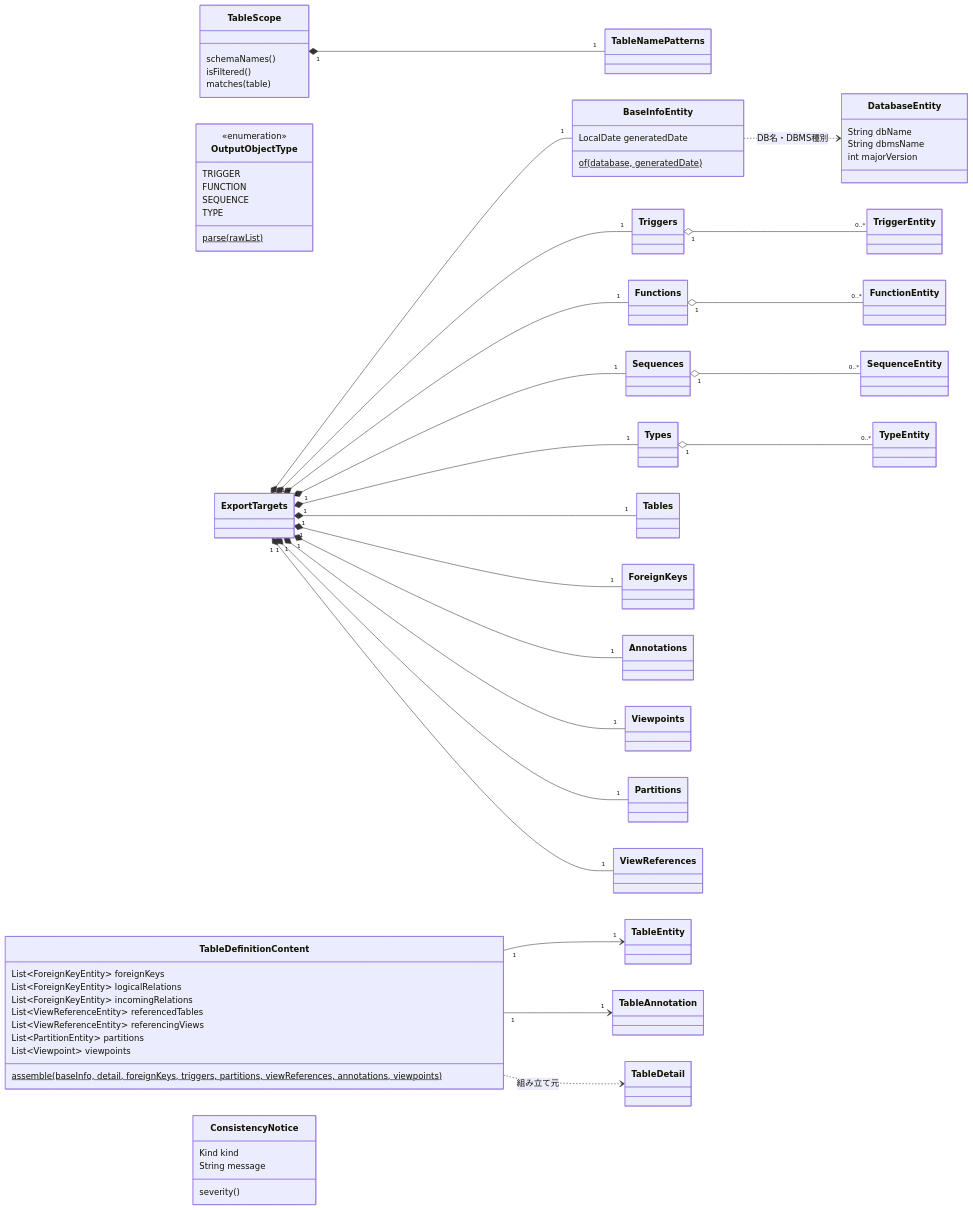
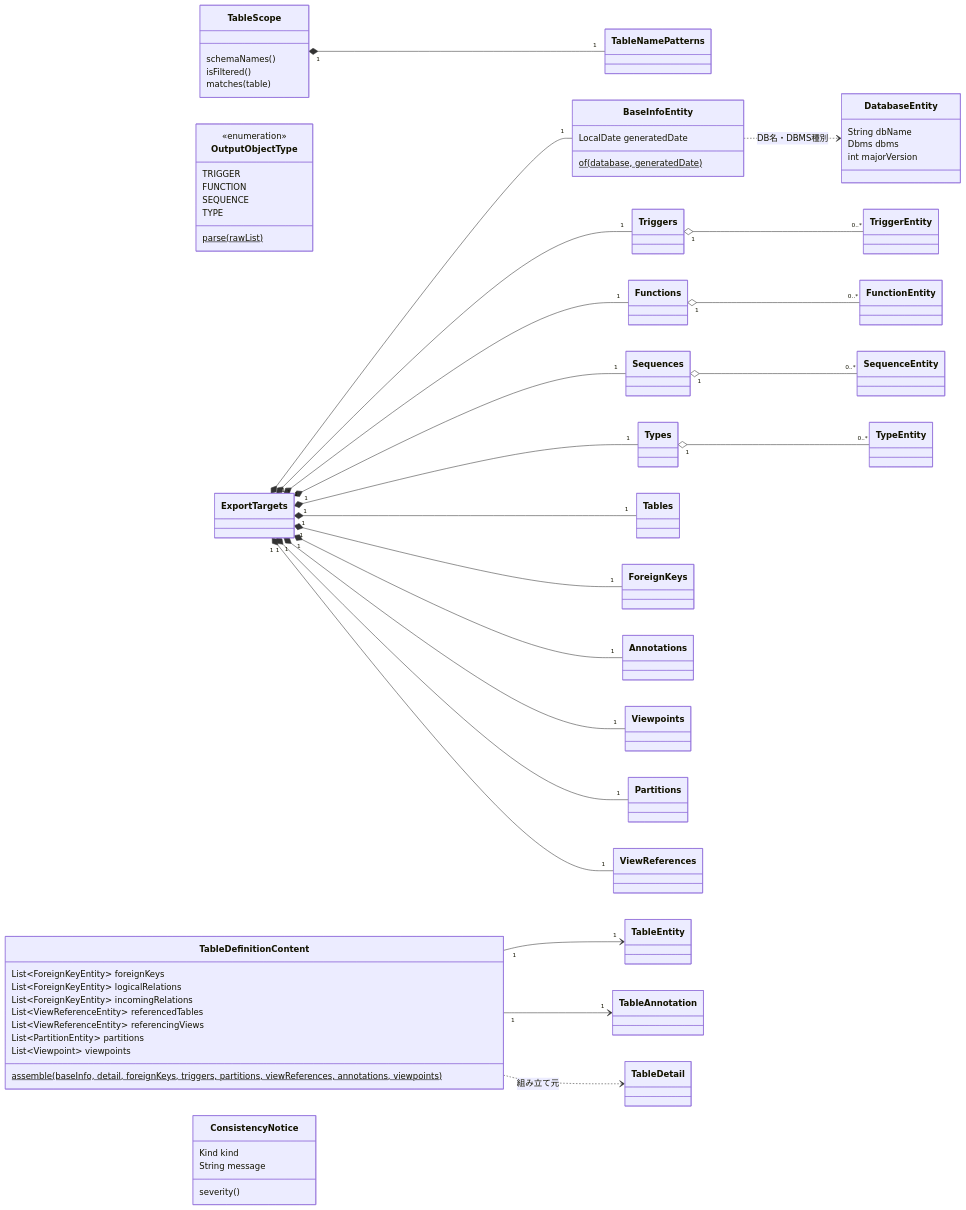
The fifth of 5 diagrams in docs/architecture/domain-model.md (ebichan88/exportTableDefinition), drawn with Mermaid before and after one commit. The commit also changed other lines of this file and 19 other files, not shown here.

````diff
--- a/docs/architecture/domain-model.md
+++ b/docs/architecture/domain-model.md
@@ -313,68 +313,68 @@
 ```mermaid
 classDiagram
   direction LR
   class TableScope {
     schemaNames()
     isFiltered()
     matches(table)
   }
   class TableNamePatterns
   class OutputObjectType {
     <<enumeration>>
     TRIGGER
     FUNCTION
     SEQUENCE
     TYPE
     parse(rawList)$
   }
   class ExportTargets
   class Triggers
   class Functions
   class Sequences
   class Types
   class TableDefinitionContent {
     List~ForeignKeyEntity~ foreignKeys
     List~ForeignKeyEntity~ logicalRelations
     List~ForeignKeyEntity~ incomingRelations
     List~ViewReferenceEntity~ referencedTables
     List~ViewReferenceEntity~ referencingViews
     List~PartitionEntity~ partitions
     List~Viewpoint~ viewpoints
     assemble(baseInfo, detail, foreignKeys, triggers, partitions, viewReferences, annotations, viewpoints)$
   }
   class BaseInfoEntity {
     LocalDate generatedDate
     of(database, generatedDate)$
   }
   class DatabaseEntity {
     String dbName
-    String dbmsName
+    Dbms dbms
     int majorVersion
   }
   class ConsistencyNotice {
     Kind kind
     String message
     severity()
   }
 
   TableScope "1" *-- "1" TableNamePatterns
   ExportTargets "1" *-- "1" BaseInfoEntity
   ExportTargets "1" *-- "1" Tables
   ExportTargets "1" *-- "1" ForeignKeys
   ExportTargets "1" *-- "1" Annotations
   ExportTargets "1" *-- "1" Viewpoints
   ExportTargets "1" *-- "1" Triggers
   ExportTargets "1" *-- "1" Partitions
   ExportTargets "1" *-- "1" ViewReferences
   ExportTargets "1" *-- "1" Functions
   ExportTargets "1" *-- "1" Sequences
   ExportTargets "1" *-- "1" Types
   Triggers "1" o-- "0..*" TriggerEntity
   Functions "1" o-- "0..*" FunctionEntity
   Sequences "1" o-- "0..*" SequenceEntity
   Types "1" o-- "0..*" TypeEntity
   BaseInfoEntity ..> DatabaseEntity : DB名・DBMS種別
   TableDefinitionContent "1" --> "1" TableEntity
   TableDefinitionContent "1" --> "1" TableAnnotation
   TableDefinitionContent ..> TableDetail : 組み立て元
 ```
````
